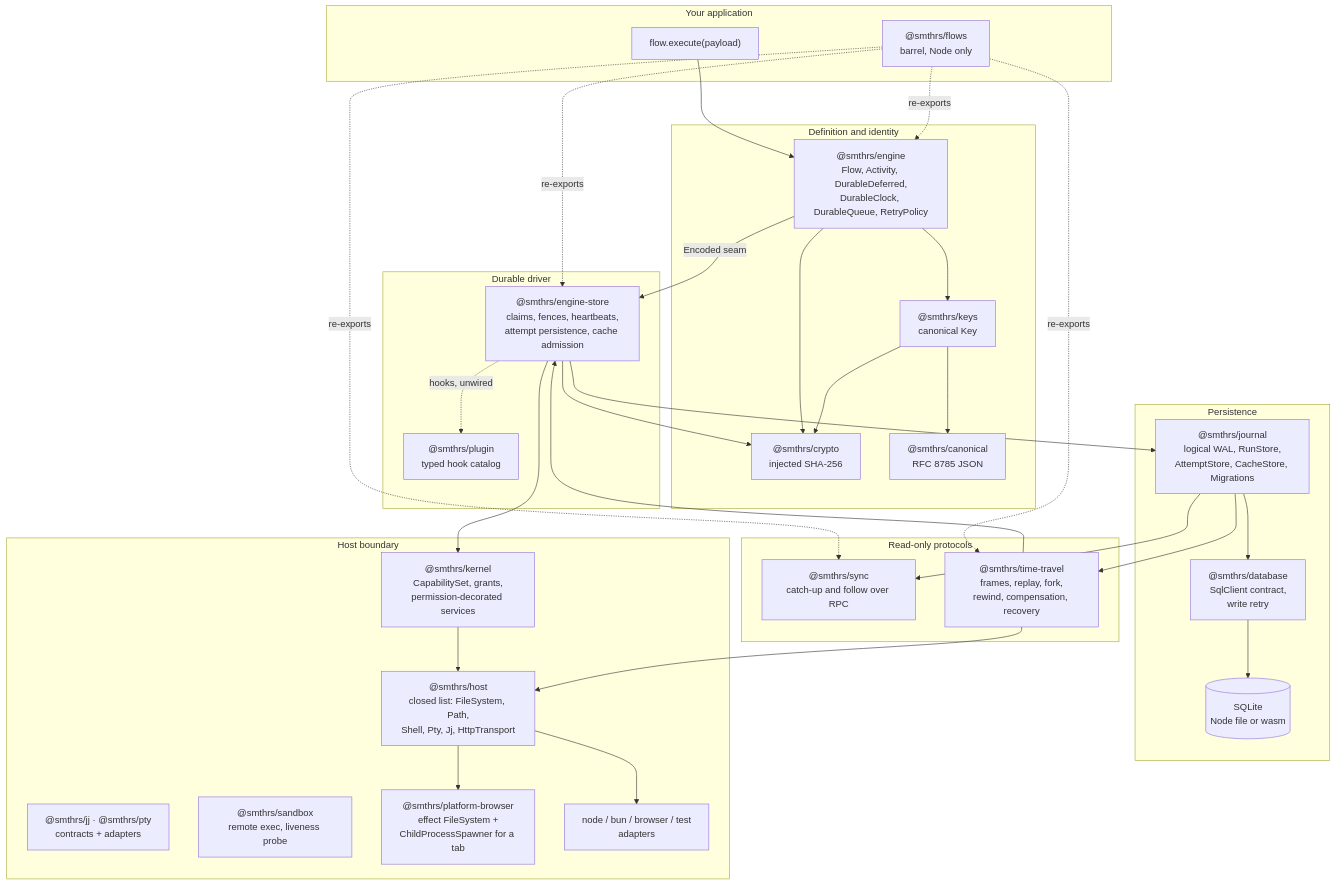
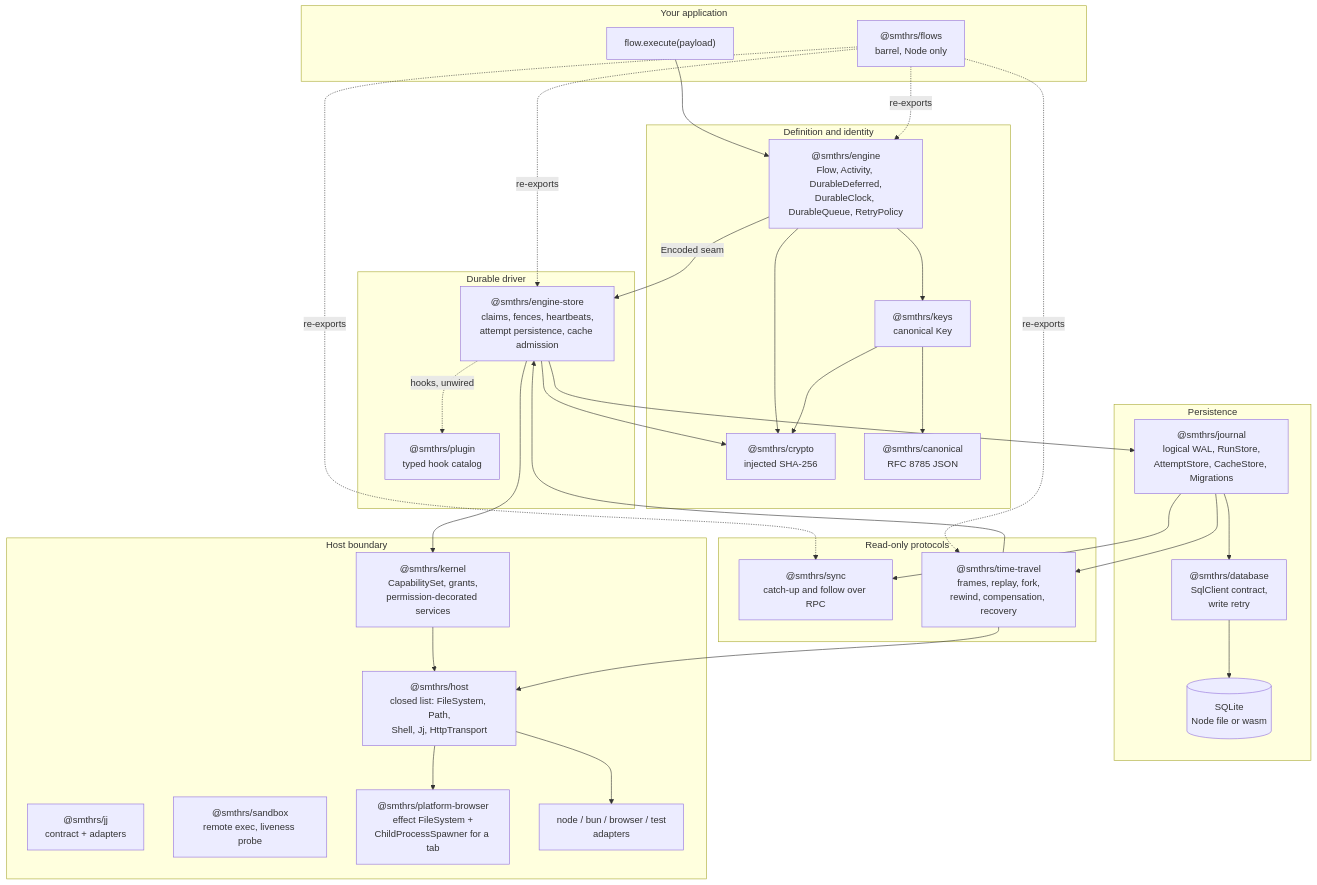
Before and after one commit to smithersai/flows: the first of 2 diagrams in docs/pages/architecture.md, drawn with Mermaid. The commit also changed other lines of this file and 6 other files, not shown here.

````diff
--- a/docs/pages/architecture.md
+++ b/docs/pages/architecture.md
@@ -7,63 +7,63 @@
 ```mermaid
 flowchart TB
   subgraph app["Your application"]
     CALL["flow.execute(payload)"]
     BARREL["@smthrs/flows<br/>barrel, Node only"]
   end
 
   subgraph define["Definition and identity"]
     ENGINE["@smthrs/engine<br/>Flow, Activity, DurableDeferred,<br/>DurableClock, DurableQueue, RetryPolicy"]
     KEYS["@smthrs/keys<br/>canonical Key"]
     CRYPTO["@smthrs/crypto<br/>injected SHA-256"]
     CANONICAL["@smthrs/canonical<br/>RFC 8785 JSON"]
   end
 
   subgraph drive["Durable driver"]
     STORE["@smthrs/engine-store<br/>claims, fences, heartbeats,<br/>attempt persistence, cache admission"]
     PLUGIN["@smthrs/plugin<br/>typed hook catalog"]
   end
 
   subgraph persist["Persistence"]
     JOURNAL["@smthrs/journal<br/>logical WAL, RunStore,<br/>AttemptStore, CacheStore, Migrations"]
     DB["@smthrs/database<br/>SqlClient contract,<br/>write retry"]
     SQL[("SQLite<br/>Node file or wasm")]
   end
 
   subgraph guard["Host boundary"]
     KERNEL["@smthrs/kernel<br/>CapabilitySet, grants,<br/>permission-decorated services"]
-    HOST["@smthrs/host<br/>closed list: FileSystem, Path,<br/>Shell, Pty, Jj, HttpTransport"]
-    JJPTY["@smthrs/jj · @smthrs/pty<br/>contracts + adapters"]
+    HOST["@smthrs/host<br/>closed list: FileSystem, Path,<br/>Shell, Jj, HttpTransport"]
+    JJ["@smthrs/jj<br/>contract + adapters"]
     SANDBOX["@smthrs/sandbox<br/>remote exec, liveness probe"]
     PB["@smthrs/platform-browser<br/>effect FileSystem +<br/>ChildProcessSpawner for a tab"]
     ADAPTERS["node / bun / browser / test<br/>adapters"]
   end
 
   subgraph read["Read-only protocols"]
     SYNC["@smthrs/sync<br/>catch-up and follow over RPC"]
     TT["@smthrs/time-travel<br/>frames, replay, fork,<br/>rewind, compensation, recovery"]
   end
 
   CALL --> ENGINE
   BARREL -.re-exports.-> ENGINE
   BARREL -.re-exports.-> STORE
   BARREL -.re-exports.-> SYNC
   BARREL -.re-exports.-> TT
   ENGINE --> KEYS
   ENGINE --> CRYPTO
   KEYS --> CANONICAL
   KEYS --> CRYPTO
   ENGINE -->|Encoded seam| STORE
   STORE --> JOURNAL
   STORE --> CRYPTO
   STORE --> KERNEL
   STORE -.hooks, unwired.-> PLUGIN
   JOURNAL --> DB
   DB --> SQL
   KERNEL --> HOST
   HOST --> ADAPTERS
   HOST --> PB
   JOURNAL --> SYNC
   JOURNAL --> TT
   TT --> STORE
   TT --> HOST
 ```
````
